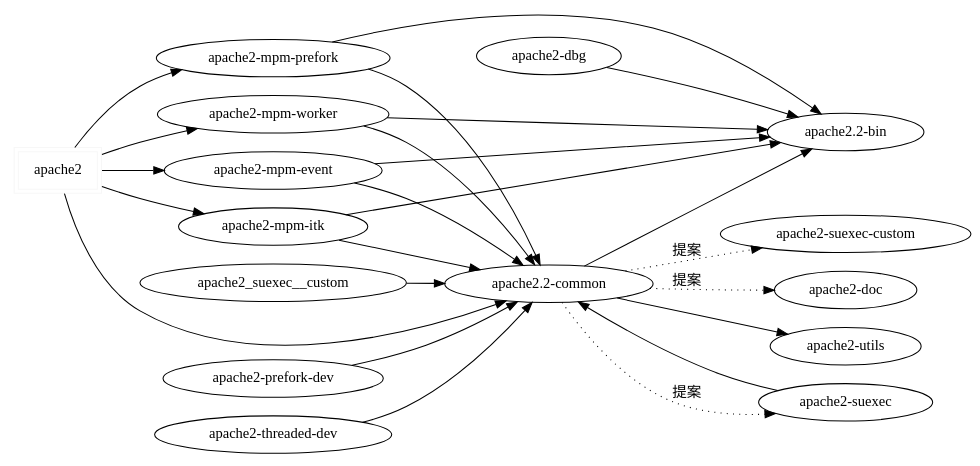
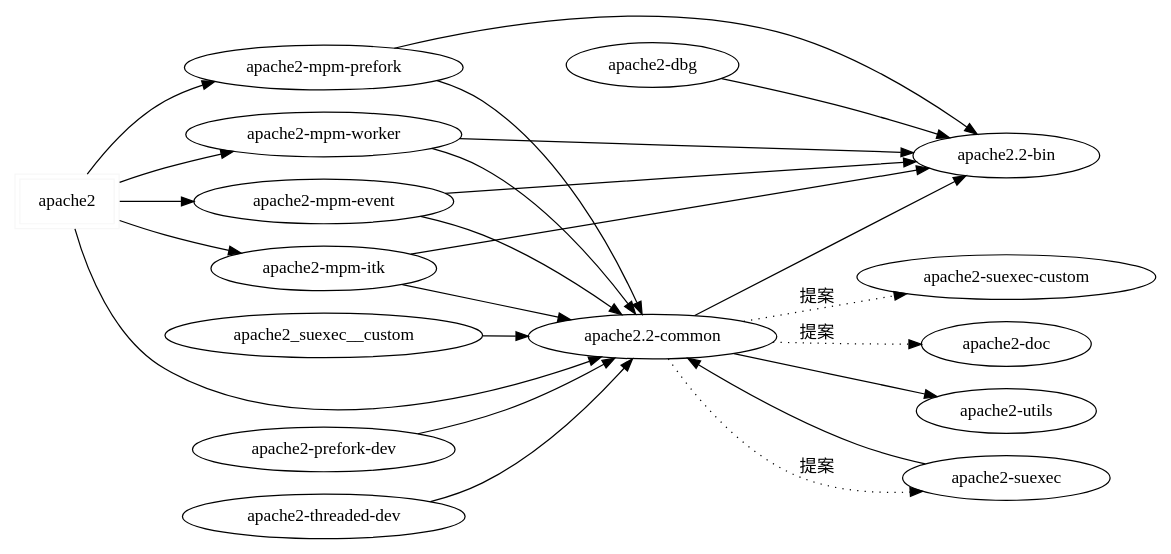
The diagram in image201203/apache2-pkg.dot (dancerj/monthly-report), drawn with Graphviz before and after one commit. The commit also changed 16 other files, not shown here.

```diff
--- a/image201203/apache2-pkg.dot
+++ b/image201203/apache2-pkg.dot
@@ -1,56 +1,56 @@
 // dot apache2-pkg.dot -T png > apache2-pkg.png
 // dot apache2-pkg.dot -T apache2-pkg.eps
 digraph structure {
-graph [size = "10.0, 10.0", rankdir = LR]; 
+graph [size = "12.0, 12.0", rankdir = LR]; 
 node [colorscheme=piyg9];
 // style=filled
 
 apache2 [label="apache2" color=5, shape = box, peripheries = 2];
 apache2_mpm_worker [label="apache2-mpm-worker"]; 
 apache22_bin [label="apache2.2-bin"];
 apache22_common [label="apache2.2-common"];
 apache2_mpm_prefork [label="apache2-mpm-prefork"];
 apache2_mpm_event [label="apache2-mpm-event"];
 apache2_mpm_itk [label="apache2-mpm-itk"];
 apache2_utils [label="apache2-utils"];
 apache2_suexec [label="apache2-suexec"];
 apache2_suexec_custom [label="apache2-suexec-custom"];
 apache2_dbg [label="apache2-dbg"];
 apache2_prefork_dev [label="apache2-prefork-dev"];
 apache2_threaded_dev [label="apache2-threaded-dev"];
 apache2_doc [label="apache2-doc"];
 
 
 apache2 -> apache2_mpm_worker;
 apache2 -> apache2_mpm_prefork;
 apache2 -> apache2_mpm_event;
 apache2 -> apache2_mpm_itk;
 apache2 -> apache22_common;
 
 apache2_mpm_worker -> apache22_bin;
 apache2_mpm_prefork ->apache22_bin;
 apache2_mpm_event -> apache22_bin;
 apache2_mpm_itk -> apache22_bin;
 
 apache2_mpm_worker -> apache22_common;
 apache2_mpm_prefork-> apache22_common;
 apache2_mpm_event-> apache22_common;
 apache2_mpm_itk-> apache22_common;
 
 // dbg
 apache2_dbg -> apache22_bin;
 
 // dev
 apache2_threaded_dev -> apache22_common;
 apache2_prefork_dev -> apache22_common;
 
 // common
 apache22_common -> apache22_bin;
 apache22_common -> apache2_utils;
 apache22_common -> apache2_suexec [label="提案", style = dotted];
 apache22_common -> apache2_suexec_custom [label="提案", style = dotted];
 apache22_common -> apache2_doc [label="提案", style = dotted];
 
 apache2_suexec -> apache22_common;
 apache2_suexec__custom -> apache22_common;
 }
```
